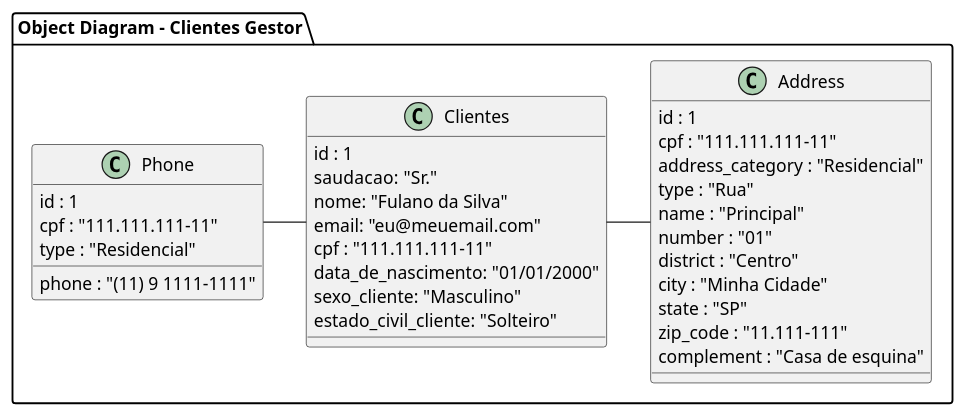
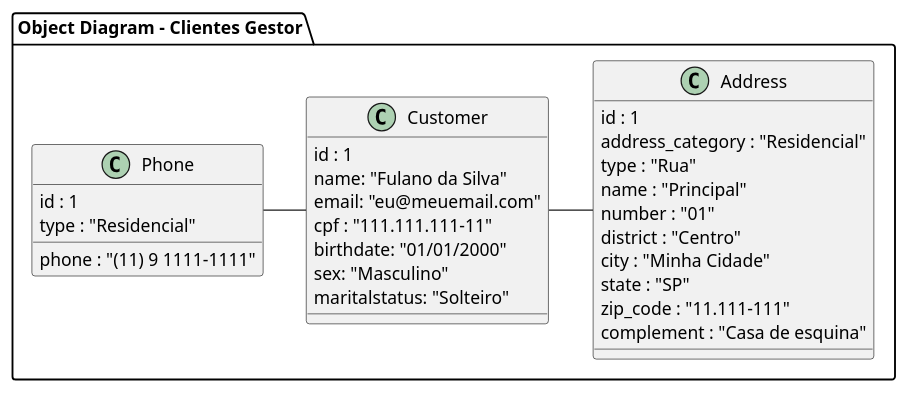
The diagram in modelagem/diagrama_de_objetos.plantuml (douglascarlos-dev/Clientes-Gestor), drawn with PlantUML before and after one commit. The commit also changed 1 other file, not shown here.

```diff
--- a/modelagem/diagrama_de_objetos.plantuml
+++ b/modelagem/diagrama_de_objetos.plantuml
@@ -1,42 +1,39 @@
 @startuml Object Diagram
 
 package "Object Diagram - Clientes Gestor" {
 
-Clientes -right- Address
-Clientes -left- Phone
+Customer -right- Address
+Customer -left- Phone
 
-object Clientes {
+object Customer {
   id : 1
-  saudacao: "Sr."
-  nome: "Fulano da Silva"
+  name: "Fulano da Silva"
   email: "eu@meuemail.com"
   cpf : "111.111.111-11"
-  data_de_nascimento: "01/01/2000"
-  sexo_cliente: "Masculino"
-  estado_civil_cliente: "Solteiro"
+  birthdate: "01/01/2000"
+  sex: "Masculino"
+  maritalstatus: "Solteiro"
 }
 
 object Address {
   id : 1
-  cpf : "111.111.111-11"
   address_category : "Residencial"
   type : "Rua"
   name : "Principal"
   number : "01"
   district : "Centro"
   city : "Minha Cidade"
   state : "SP"
   zip_code : "11.111-111"
   complement : "Casa de esquina"
 }
 
 object Phone {
   id : 1
-  cpf : "111.111.111-11"
   phone : "(11) 9 1111-1111"
   type : "Residencial"
 }
 
 }
 
 @enduml
```
